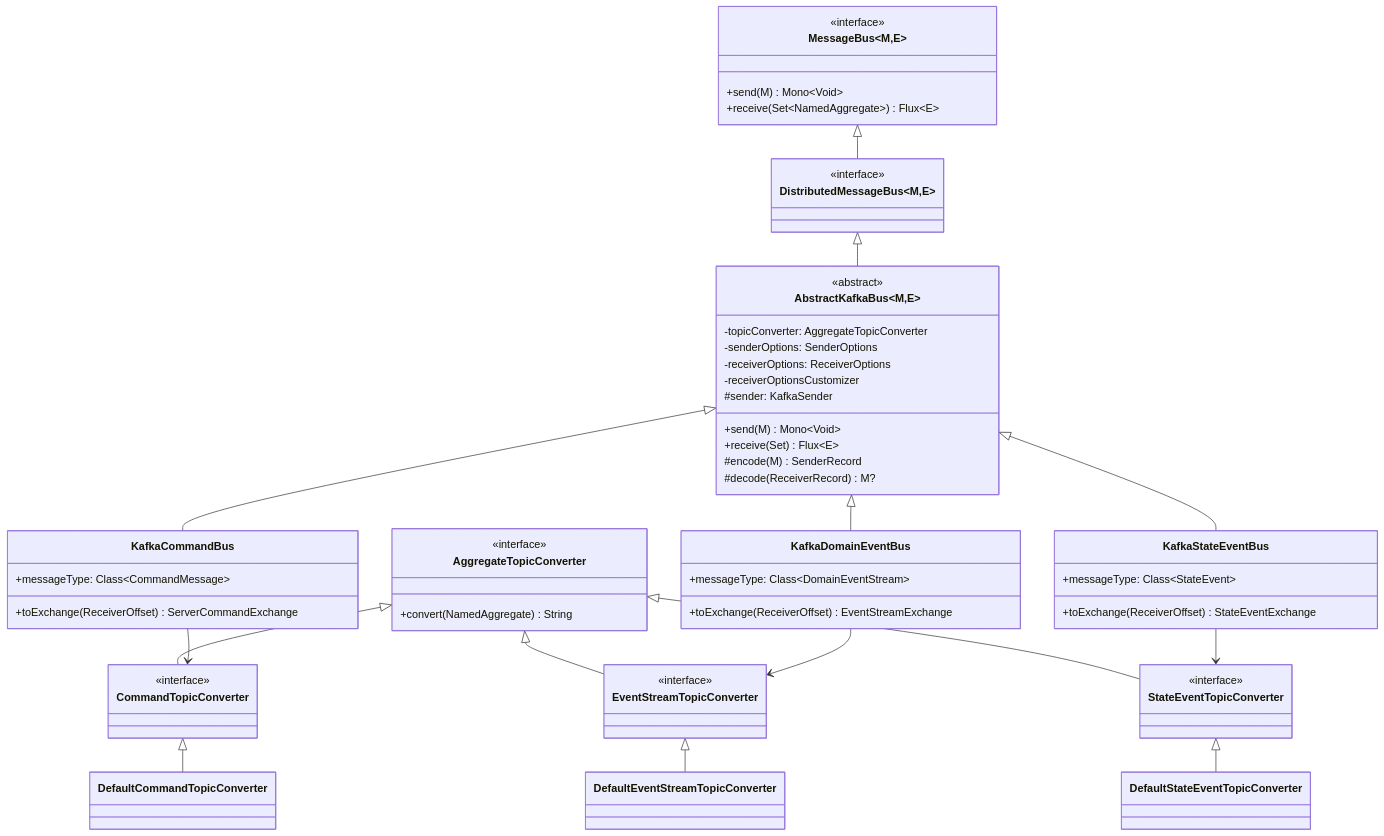
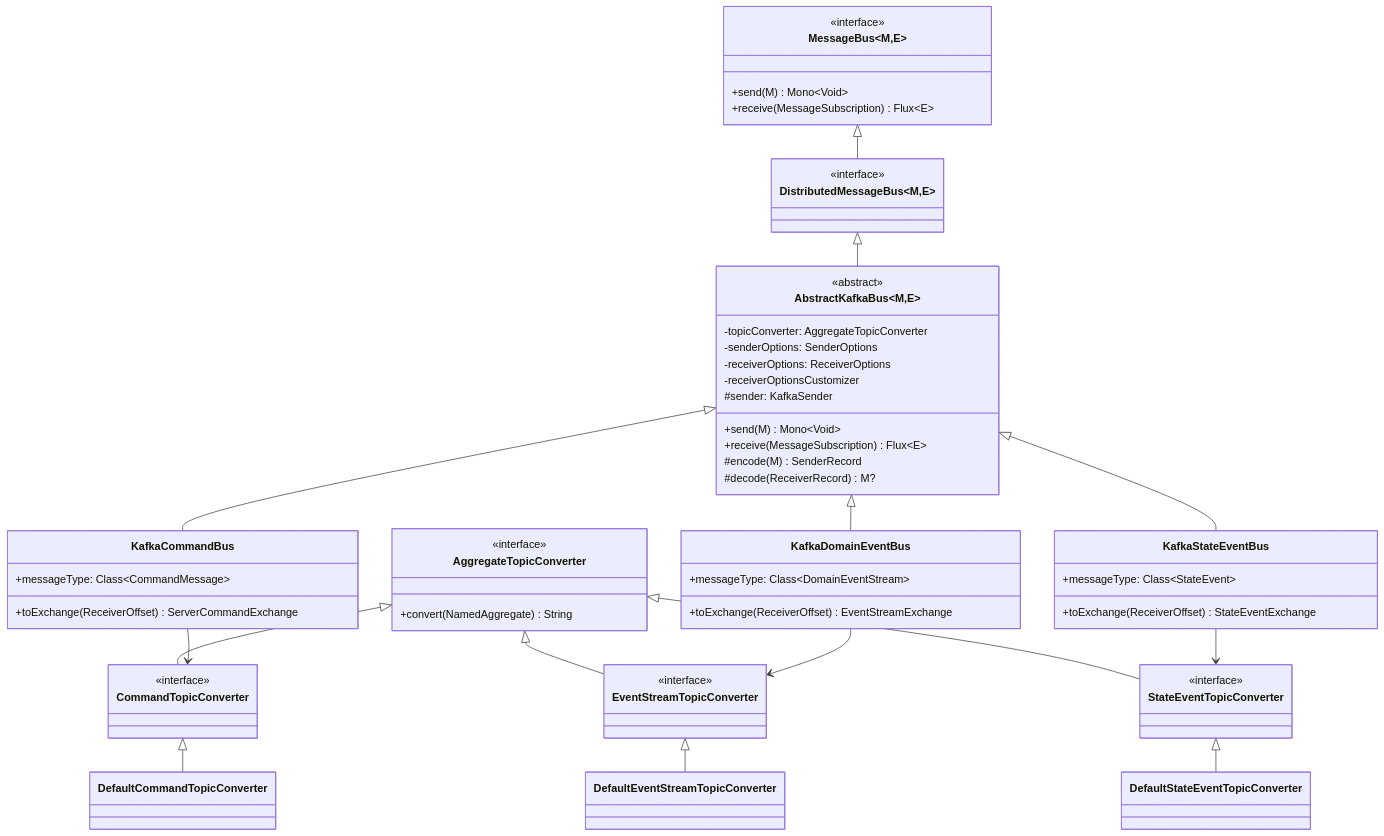
Before and after one commit to Ahoo-Wang/Wow: the second of 6 diagrams in documentation/docs/en/guide/extensions/kafka.md, drawn with Mermaid. The commit also changed 42 other files, not shown here.

````diff
--- a/documentation/docs/en/guide/extensions/kafka.md
+++ b/documentation/docs/en/guide/extensions/kafka.md
@@ -46,67 +46,67 @@
 ```mermaid
 classDiagram
     direction TB
     class MessageBus~M,E~ {
         <<interface>>
         +send(M) Mono~Void~
-        +receive(Set~NamedAggregate~) Flux~E~
+        +receive(MessageSubscription) Flux~E~
     }
     class DistributedMessageBus~M,E~ {
         <<interface>>
     }
     class AbstractKafkaBus~M,E~ {
         <<abstract>>
         -topicConverter: AggregateTopicConverter
         -senderOptions: SenderOptions
         -receiverOptions: ReceiverOptions
         -receiverOptionsCustomizer
         #sender: KafkaSender
         +send(M) Mono~Void~
-        +receive(Set) Flux~E~
+        +receive(MessageSubscription) Flux~E~
         #encode(M) SenderRecord
         #decode(ReceiverRecord) M?
     }
     class KafkaCommandBus {
         +messageType: Class~CommandMessage~
         +toExchange(ReceiverOffset) ServerCommandExchange
     }
     class KafkaDomainEventBus {
         +messageType: Class~DomainEventStream~
         +toExchange(ReceiverOffset) EventStreamExchange
     }
     class KafkaStateEventBus {
         +messageType: Class~StateEvent~
         +toExchange(ReceiverOffset) StateEventExchange
     }
     class AggregateTopicConverter {
         <<interface>>
         +convert(NamedAggregate) String
     }
     class CommandTopicConverter {
         <<interface>>
     }
     class EventStreamTopicConverter {
         <<interface>>
     }
     class StateEventTopicConverter {
         <<interface>>
     }
     class DefaultCommandTopicConverter
     class DefaultEventStreamTopicConverter
     class DefaultStateEventTopicConverter
 
     MessageBus~M,E~ <|-- DistributedMessageBus~M,E~
     DistributedMessageBus~M,E~ <|-- AbstractKafkaBus~M,E~
     AbstractKafkaBus~M,E~ <|-- KafkaCommandBus
     AbstractKafkaBus~M,E~ <|-- KafkaDomainEventBus
     AbstractKafkaBus~M,E~ <|-- KafkaStateEventBus
     AggregateTopicConverter <|-- CommandTopicConverter
     AggregateTopicConverter <|-- EventStreamTopicConverter
     AggregateTopicConverter <|-- StateEventTopicConverter
     CommandTopicConverter <|-- DefaultCommandTopicConverter
     EventStreamTopicConverter <|-- DefaultEventStreamTopicConverter
     StateEventTopicConverter <|-- DefaultStateEventTopicConverter
     KafkaCommandBus --> CommandTopicConverter
     KafkaDomainEventBus --> EventStreamTopicConverter
     KafkaStateEventBus --> StateEventTopicConverter
 ```
````
